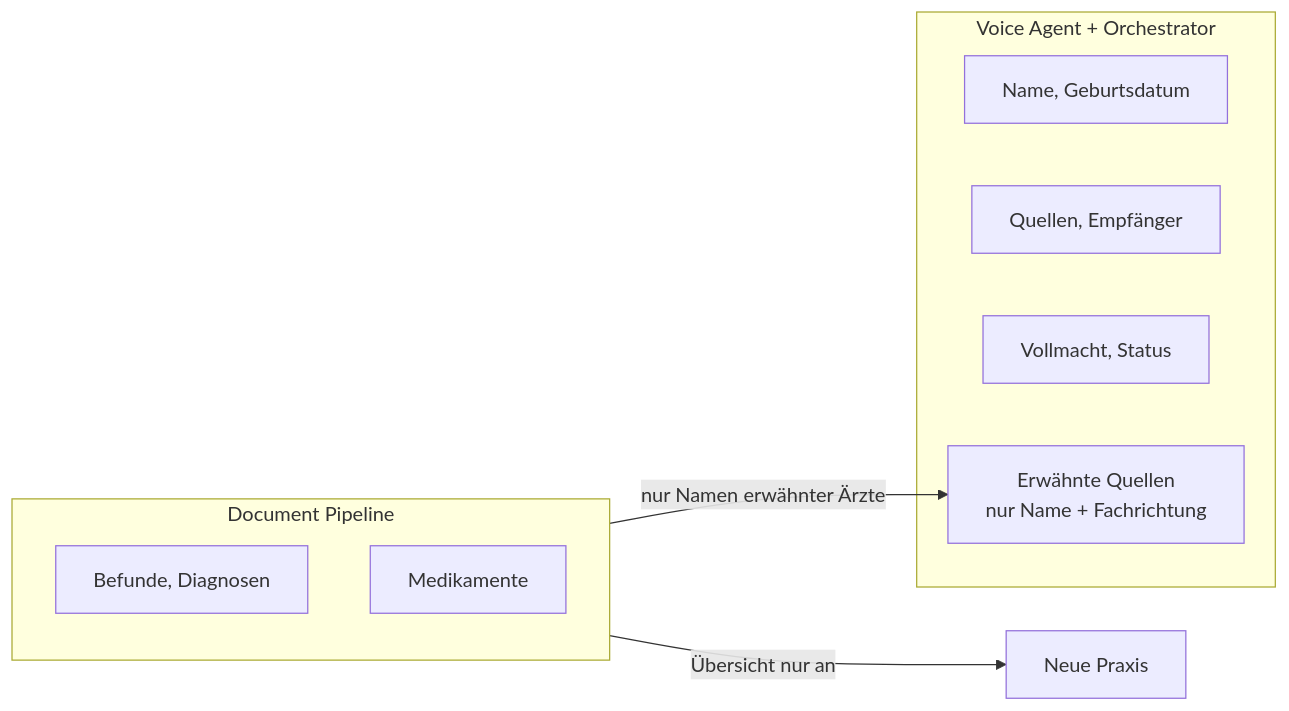
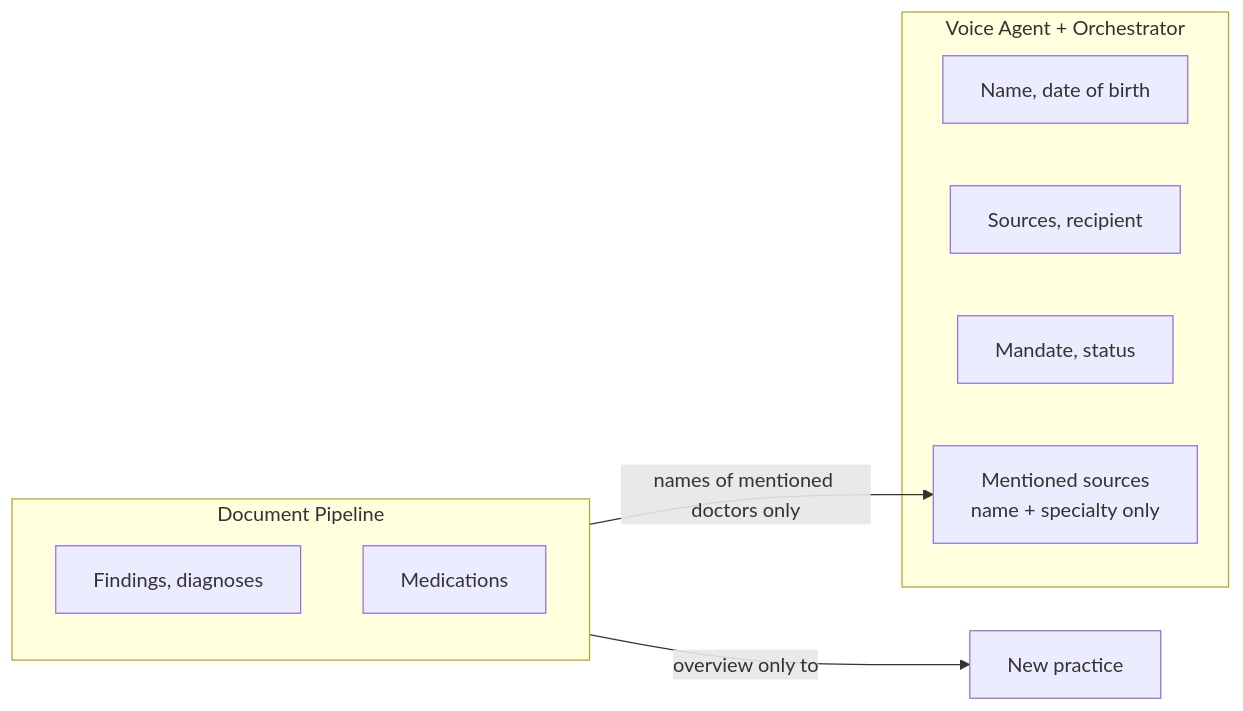
The seventh of 7 diagrams in docs/ARCHITECTURE.md (SuterGabriel/stafette), drawn with Mermaid before and after one commit. The commit also changed other lines of this file and 16 other files, not shown here.

First line of the commit message:
Docs: translate READMEs, docs and diagrams to English

````diff
--- a/docs/ARCHITECTURE.md
+++ b/docs/ARCHITECTURE.md
@@ -176,15 +176,15 @@
 ```mermaid
 flowchart LR
     subgraph Anruf["Voice Agent + Orchestrator"]
-        A1[Name, Geburtsdatum]
-        A2[Quellen, Empfänger]
-        A3[Vollmacht, Status]
-        A4[Erwähnte Quellen<br/>nur Name + Fachrichtung]
+        A1["Name, date of birth"]
+        A2["Sources, recipient"]
+        A3["Mandate, status"]
+        A4["Mentioned sources<br/>name + specialty only"]
     end
     subgraph Dok["Document Pipeline"]
-        B1[Befunde, Diagnosen]
-        B2[Medikamente]
+        B1["Findings, diagnoses"]
+        B2[Medications]
     end
-    Dok -->|nur Namen erwähnter Ärzte| A4
-    Dok -->|Übersicht nur an| NEU[Neue Praxis]
+    Dok -->|names of mentioned doctors only| A4
+    Dok -->|overview only to| NEU[New practice]
 ```
````
